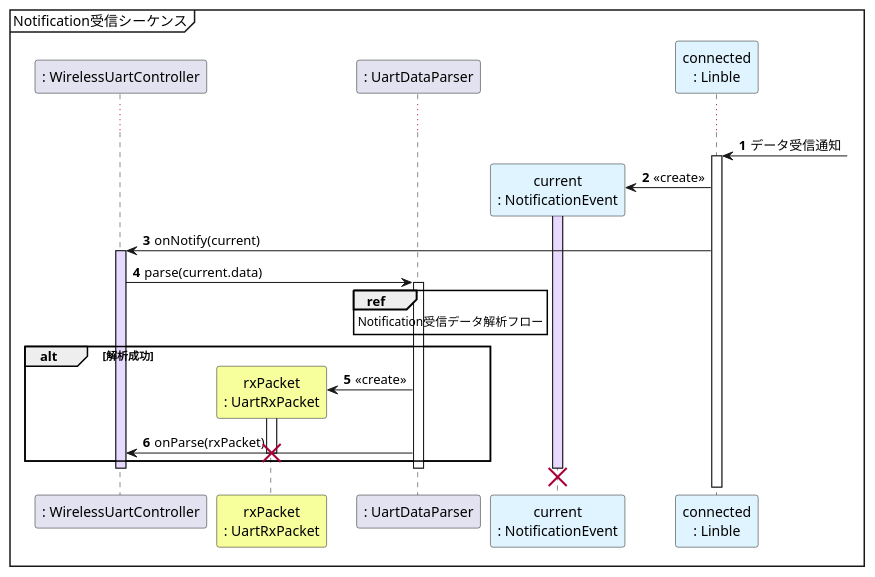
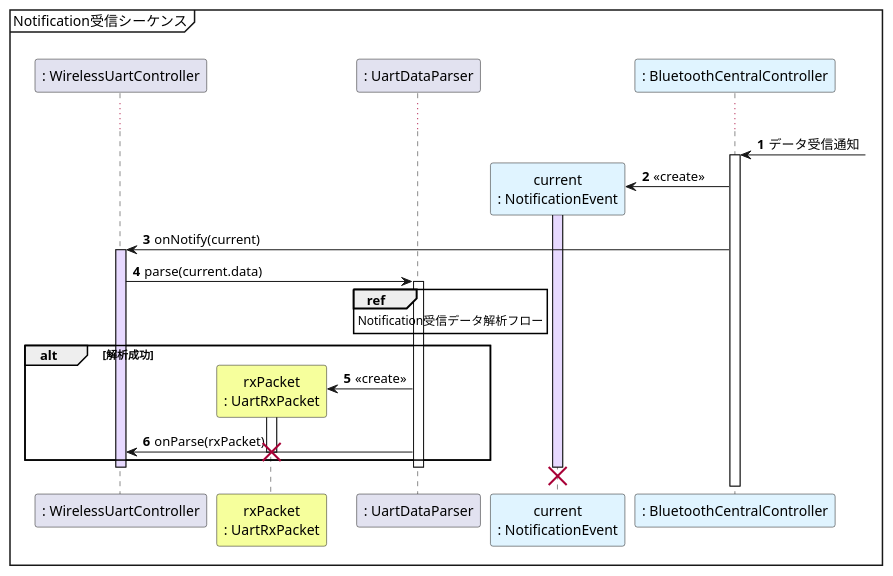
One commit to musen-connect-inc/linble-sample-wireless-uart changed the tenth of 16 diagrams in plantuml.md. Above: the diagram before and after it, drawn with PlantUML. The commit also changed other lines of this file and 29 other files, not shown here.

````diff
--- a/plantuml.md
+++ b/plantuml.md
@@ -471,42 +431,42 @@
 ```plantuml
 @startuml sequence_handle_notification
 
 mainframe Notification受信シーケンス
 
 participant ": WirelessUartController" as WirelessUartController
 participant "rxPacket\n: UartRxPacket" as UartRxPacket #f6ff9c
 participant ": UartDataParser" as UartDataParser
 participant "current\n: NotificationEvent" as NotificationEvent #e0f4ff
-participant "connected\n: Linble" as Linble #e0f4ff
+participant ": BluetoothCentralController" as BluetoothCentralController #e0f4ff
 
 autonumber
 
 ...
 
-Linble <-]: データ受信通知
-activate Linble
+BluetoothCentralController <-]: データ受信通知
+activate BluetoothCentralController
 
 create NotificationEvent
-Linble -> NotificationEvent: <<create>>
+BluetoothCentralController -> NotificationEvent: <<create>>
 activate NotificationEvent #e7d9ff
 
-Linble -> WirelessUartController: onNotify(current)
+BluetoothCentralController -> WirelessUartController: onNotify(current)
 activate WirelessUartController #e7d9ff
 
 WirelessUartController -> UartDataParser: parse(current.data)
 activate UartDataParser
 ref over UartDataParser: Notification受信データ解析フロー
 alt 解析成功
 create UartRxPacket
 UartDataParser -> UartRxPacket: <<create>>
 activate UartRxPacket
 UartDataParser -> WirelessUartController: onParse(rxPacket)
 destroy UartRxPacket
 end
 deactivate UartDataParser
 deactivate WirelessUartController
 
 destroy NotificationEvent
 
 @enduml
 ```
````
